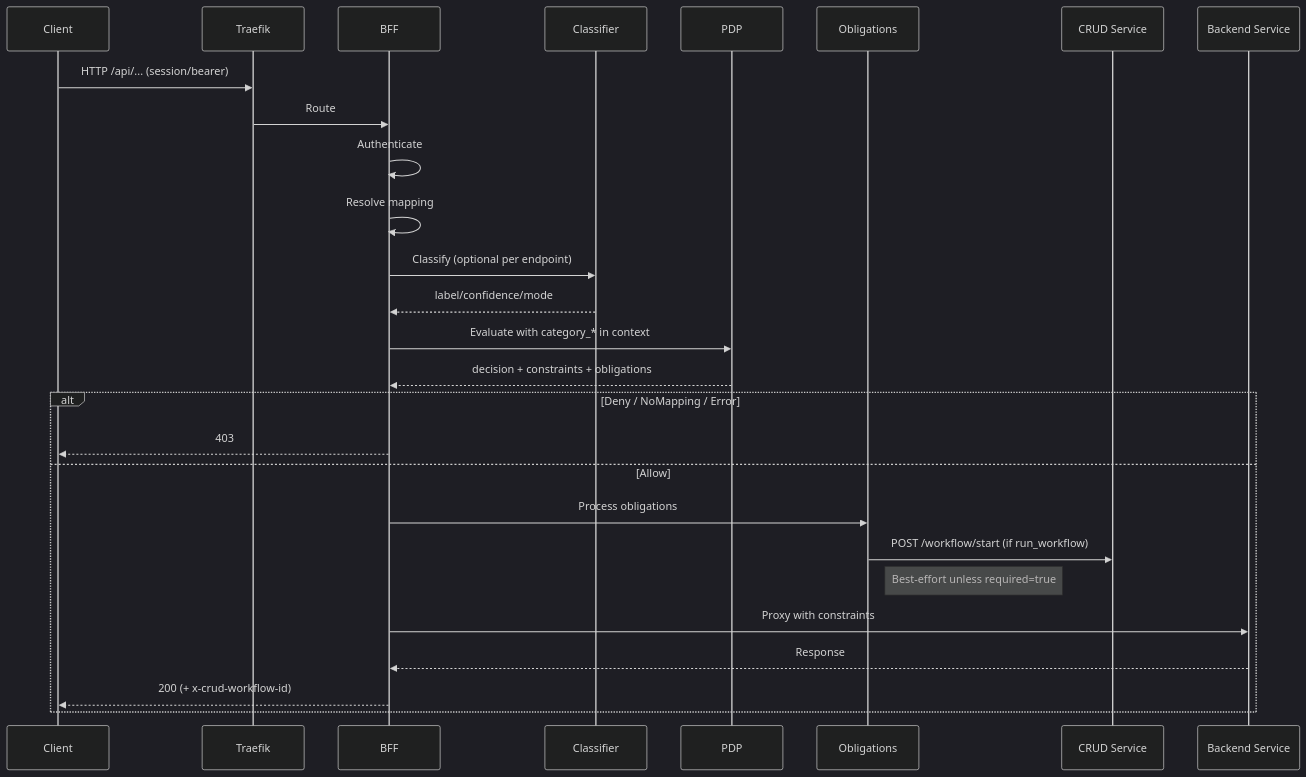
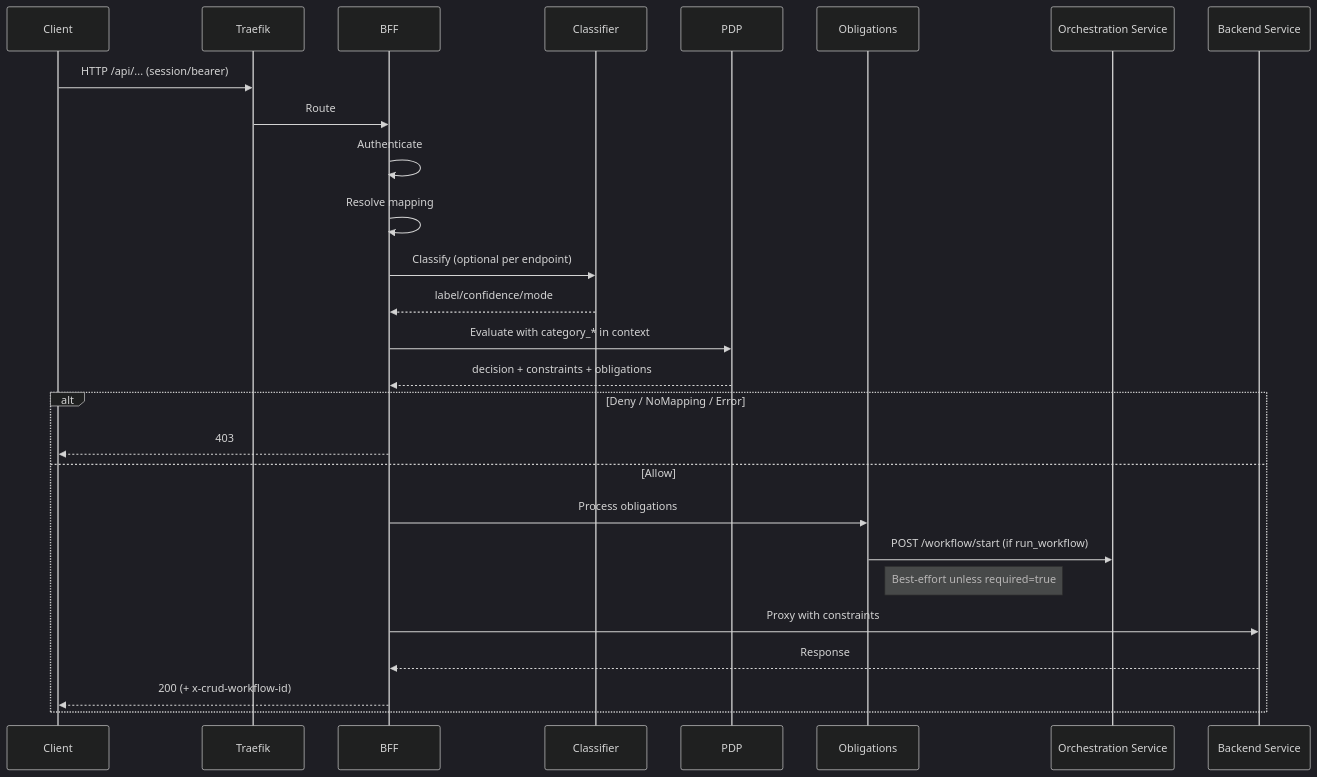
One commit to empowerID/empowernow_docs changed the diagram in source_content/bff_gateway_technical.md. Above: the diagram before and after it, drawn with Mermaid (dark theme). The commit also changed 82 other files, not shown here.

````diff
--- a/source_content/bff_gateway_technical.md
+++ b/source_content/bff_gateway_technical.md
@@ -87,30 +87,30 @@
 ```mermaid
 sequenceDiagram
   participant Client
   participant Traefik
   participant BFF
   participant Classifier
   participant PDP
   participant Oblig as Obligations
-  participant CRUD as CRUD Service
+  participant CRUD as Orchestration Service
   participant Backend as Backend Service
 
   Client->>Traefik: HTTP /api/... (session/bearer)
   Traefik->>BFF: Route
   BFF->>BFF: Authenticate
   BFF->>BFF: Resolve mapping
   BFF->>Classifier: Classify (optional per endpoint)
   Classifier-->>BFF: label/confidence/mode
   BFF->>PDP: Evaluate with category_* in context
   PDP-->>BFF: decision + constraints + obligations
   alt Deny / NoMapping / Error
     BFF-->>Client: 403
   else Allow
     BFF->>Oblig: Process obligations
     Oblig->>CRUD: POST /workflow/start (if run_workflow)
     Note right of Oblig: Best-effort unless required=true
     BFF->>Backend: Proxy with constraints
     Backend-->>BFF: Response
     BFF-->>Client: 200 (+ x-crud-workflow-id)
   end
 ```
````
